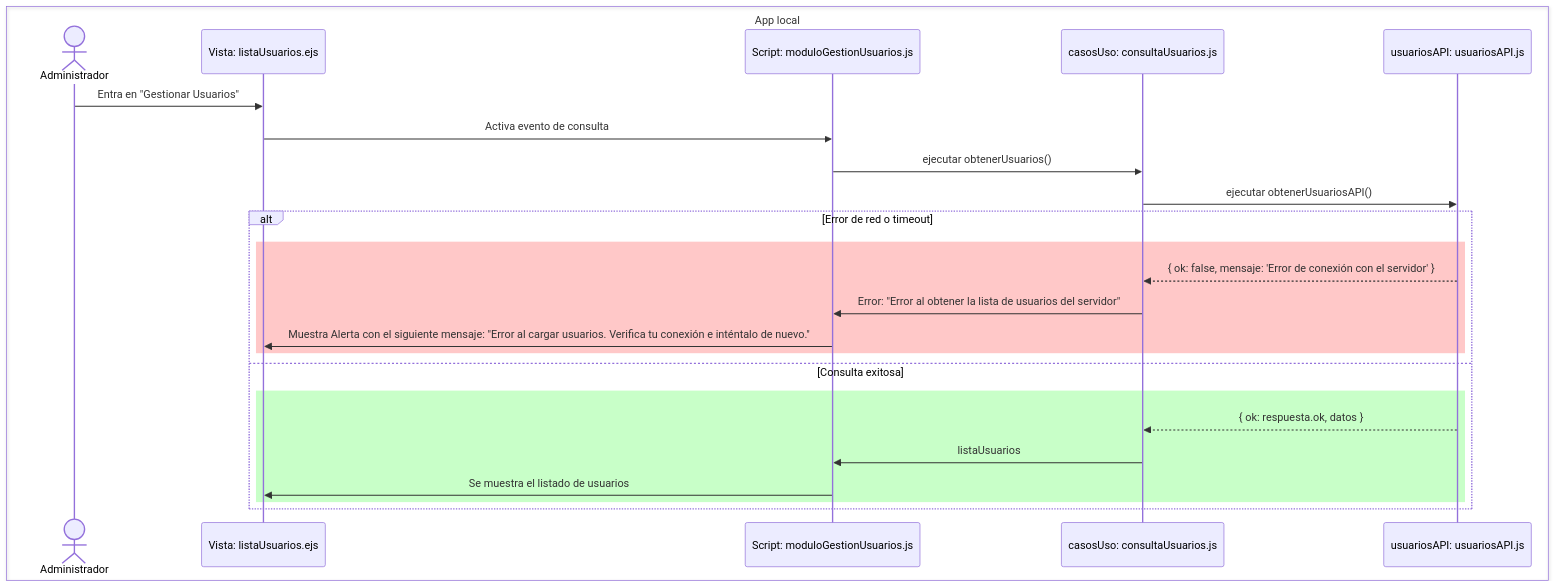
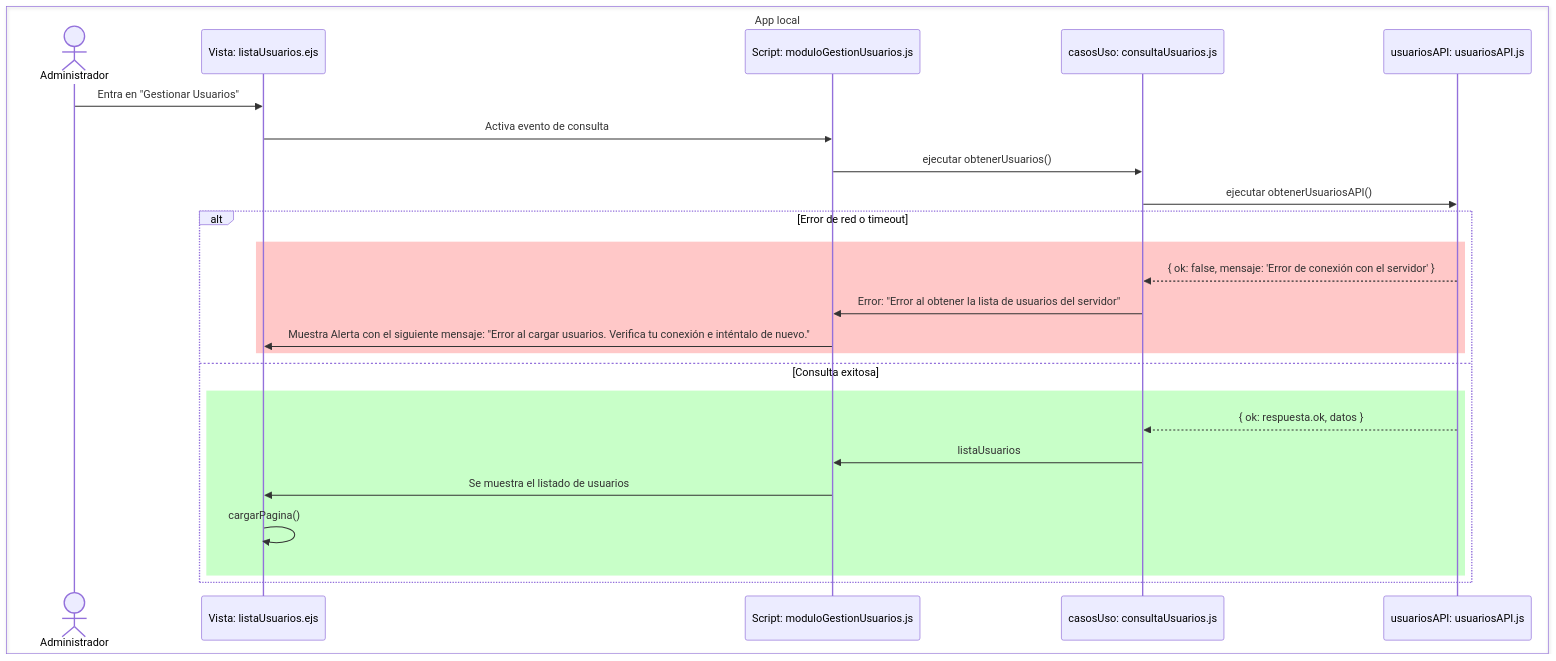
The first of 2 diagrams in documentation/docs/proyectos/tractores/documentacion/requisitos/RF15.md (CodeAnd-Co/Documentacion), drawn with Mermaid before and after one commit. The commit also changed other lines of this file, not shown here.

````diff
--- a/documentation/docs/proyectos/tractores/documentacion/requisitos/RF15.md
+++ b/documentation/docs/proyectos/tractores/documentacion/requisitos/RF15.md
@@ -25,32 +25,33 @@
 ```mermaid
 sequenceDiagram
   %% DIAGRAMA 1: APP LOCAL
 
   box App local
     actor Administrador as Administrador
     participant vistaUsuarios as Vista: listaUsuarios.ejs
     participant gestionUsuarios as Script: moduloGestionUsuarios.js
     participant consultaUsuariosCU as casosUso: consultaUsuarios.js
     participant consultaUsuariosAPI as usuariosAPI: usuariosAPI.js
   end
 
   Administrador ->> vistaUsuarios: Entra en "Gestionar Usuarios"
   vistaUsuarios ->> gestionUsuarios: Activa evento de consulta
   gestionUsuarios ->> consultaUsuariosCU: ejecutar obtenerUsuarios()
   consultaUsuariosCU ->> consultaUsuariosAPI: ejecutar obtenerUsuariosAPI()
 
   %% Respuesta del API
   alt Error de red o timeout
     rect rgb(255, 200, 200)
       consultaUsuariosAPI -->> consultaUsuariosCU: { ok: false, mensaje: 'Error de conexión con el servidor' }
       consultaUsuariosCU ->> gestionUsuarios: Error: "Error al obtener la lista de usuarios del servidor"
       gestionUsuarios ->> vistaUsuarios: Muestra Alerta con el siguiente mensaje: "Error al cargar usuarios. Verifica tu conexión e inténtalo de nuevo."
     end
   else Consulta exitosa
     rect rgb(200, 255, 200)
       consultaUsuariosAPI -->> consultaUsuariosCU: { ok: respuesta.ok, datos }
       consultaUsuariosCU ->> gestionUsuarios: listaUsuarios
       gestionUsuarios ->> vistaUsuarios: Se muestra el listado de usuarios
+      vistaUsuarios ->> vistaUsuarios: cargarPagina()
     end
   end
 ```
````
